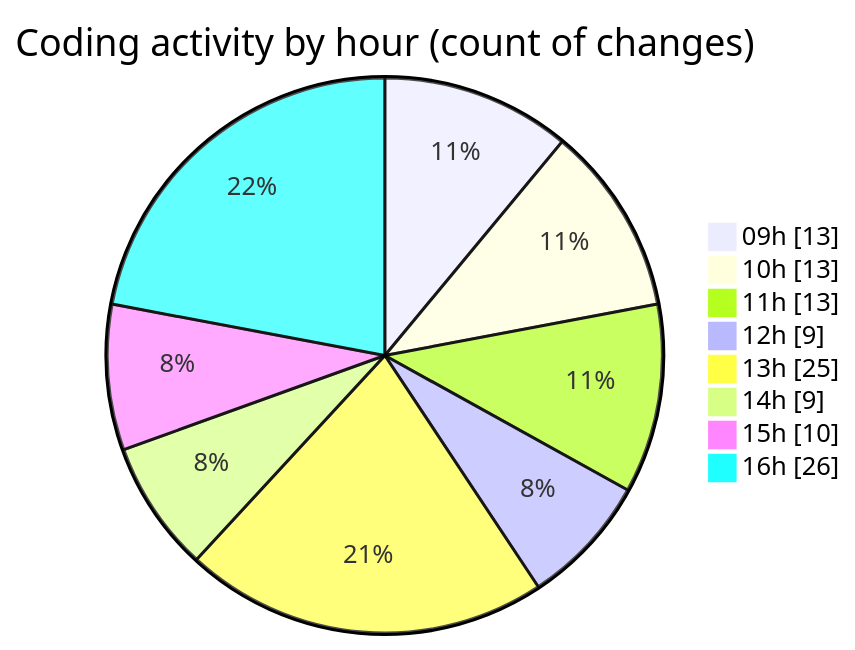
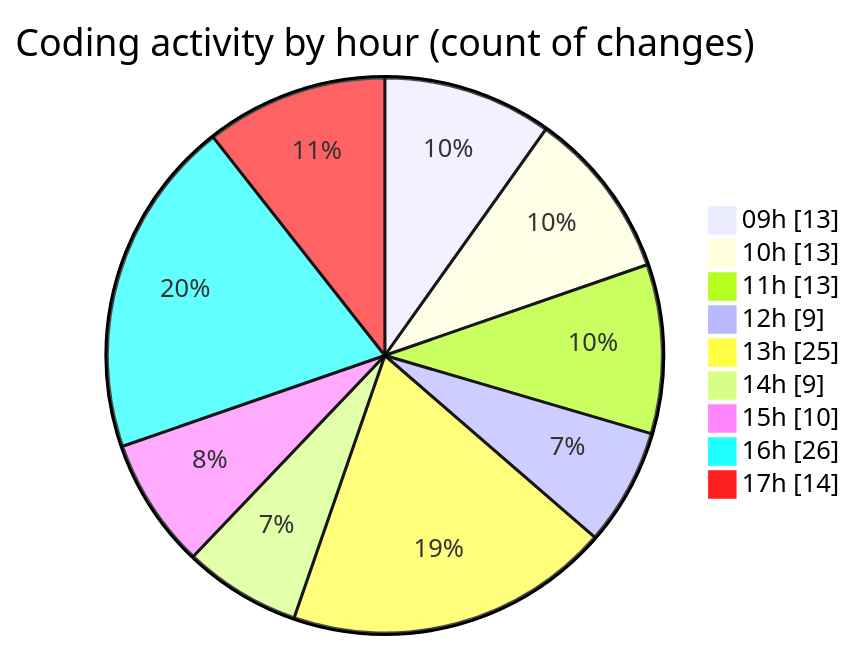
One commit to momahboobian/code-tracking changed the second of 2 diagrams in 2025-09-23/cda/README.md. Above: the diagram before and after it, drawn with Mermaid. The commit also changed other lines of this file and 1 other file, not shown here.

````diff
--- a/2025-09-23/cda/README.md
+++ b/2025-09-23/cda/README.md
@@ -45,12 +45,13 @@
 ```mermaid
 pie showData
 title Coding activity by hour (count of changes)
 "09h" : 13
 "10h" : 13
 "11h" : 13
 "12h" : 9
 "13h" : 25
 "14h" : 9
 "15h" : 10
 "16h" : 26
+"17h" : 14
 ```
````
